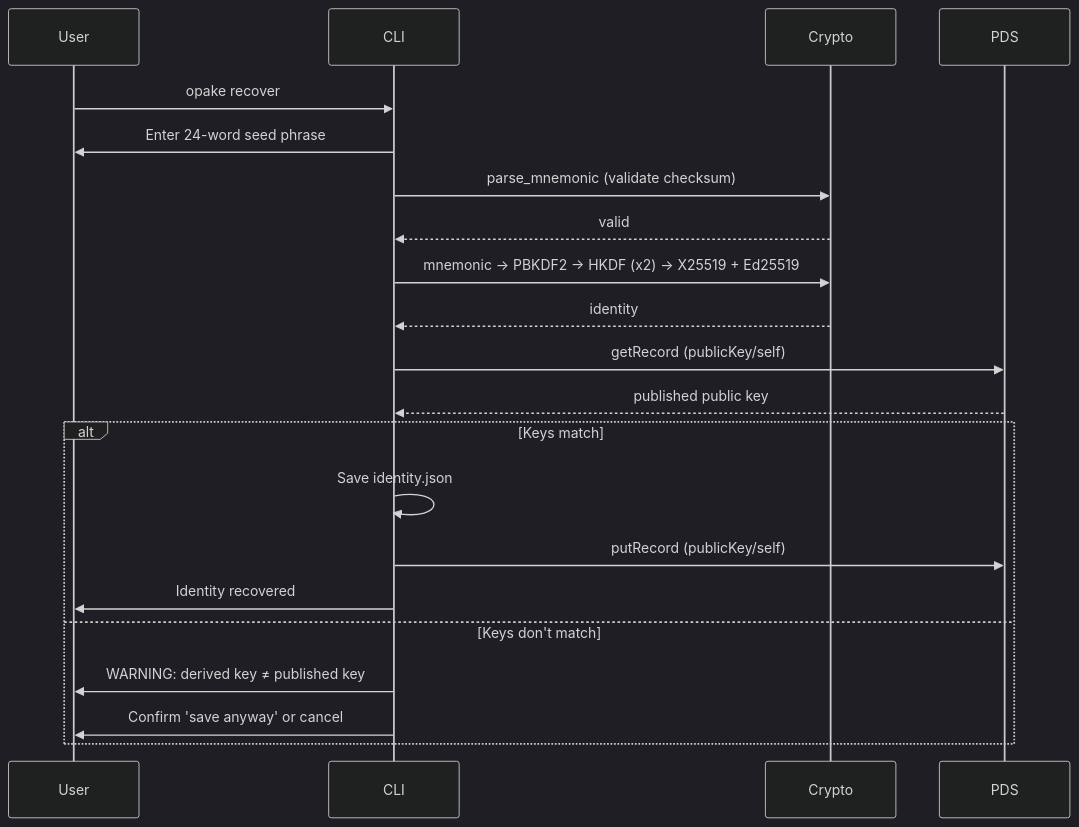
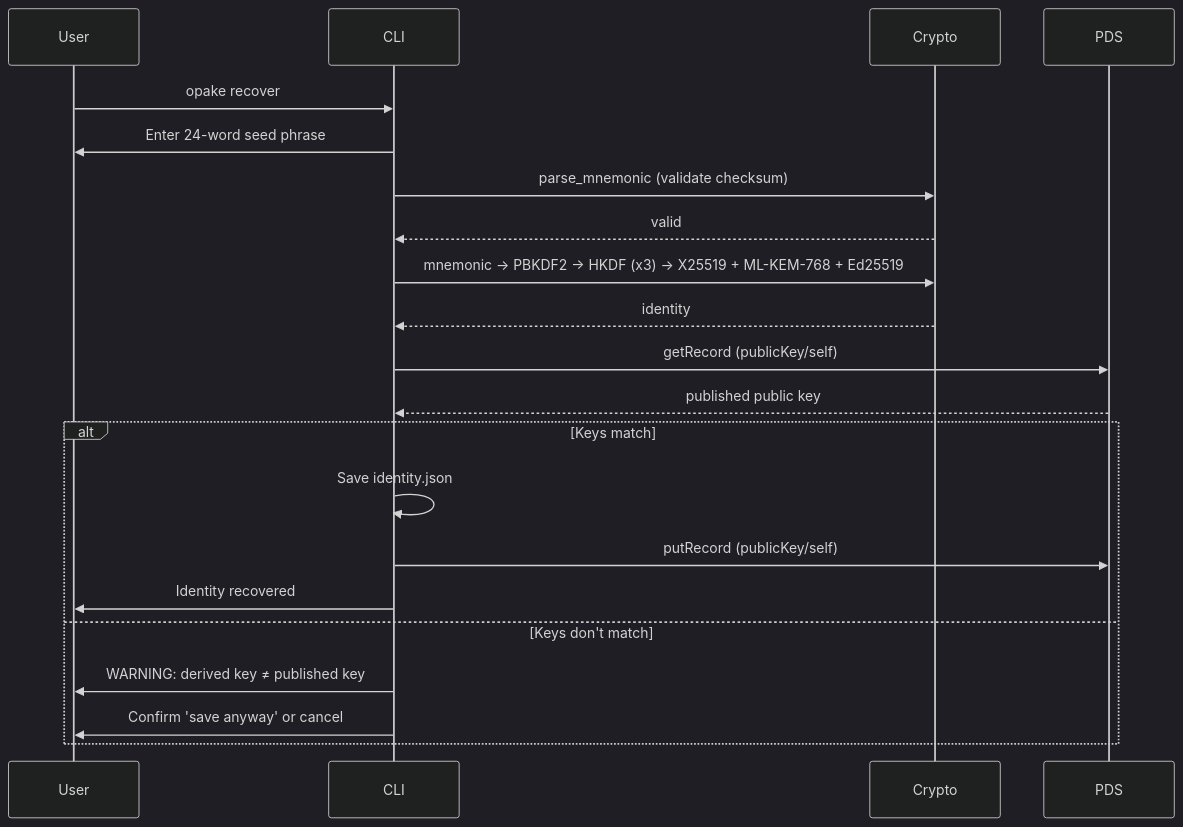
One commit to Sans-Self/Opake changed the third of 3 diagrams in docs/flows/seed-phrase-recovery.md. Above: the diagram before and after it, drawn with Mermaid (dark theme). The commit also changed other lines of this file and 35 other files, not shown here.

````diff
--- a/docs/flows/seed-phrase-recovery.md
+++ b/docs/flows/seed-phrase-recovery.md
@@ -69,28 +71,28 @@
 ```mermaid
 sequenceDiagram
     participant User
     participant CLI
     participant Crypto
     participant PDS
 
     User->>CLI: opake recover
     CLI->>User: Enter 24-word seed phrase
 
     CLI->>Crypto: parse_mnemonic (validate checksum)
     Crypto-->>CLI: valid
 
-    CLI->>Crypto: mnemonic → PBKDF2 → HKDF (x2) → X25519 + Ed25519
+    CLI->>Crypto: mnemonic → PBKDF2 → HKDF (x3) → X25519 + ML-KEM-768 + Ed25519
     Crypto-->>CLI: identity
 
     CLI->>PDS: getRecord (publicKey/self)
     PDS-->>CLI: published public key
 
     alt Keys match
         CLI->>CLI: Save identity.json
         CLI->>PDS: putRecord (publicKey/self)
         CLI->>User: Identity recovered
     else Keys don't match
         CLI->>User: WARNING: derived key ≠ published key
         CLI->>User: Confirm 'save anyway' or cancel
     end
 ```
````
